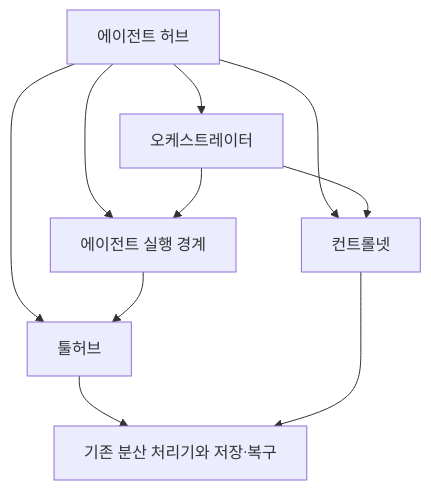
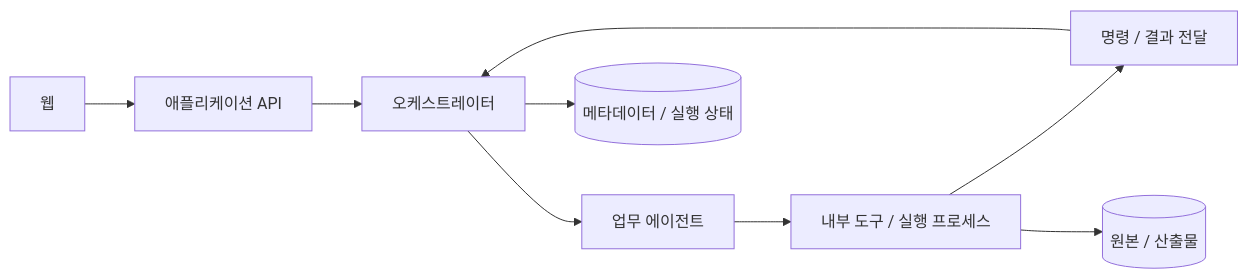
One commit to orderthan31/mediagent changed the diagram in docs/plans/architect.md. Above: the diagram before and after it, drawn with Mermaid. The commit also changed other lines of this file and 17 other files, not shown here.

````diff
--- a/docs/plans/architect.md
+++ b/docs/plans/architect.md
@@ -158,12 +23,11 @@
 ```mermaid
-flowchart TD
-  H[에이전트 허브] --> O[오케스트레이터]
-  H --> A[에이전트 실행 경계]
-  H --> T[툴허브]
-  H --> C[컨트롤넷]
-  O --> A
-  A --> T
-  T --> E[기존 분산 처리기와 저장·복구]
-  O --> C
-  C --> E
+flowchart LR
+  UI[웹] --> API[애플리케이션 API]
+  API --> ORCH[오케스트레이터]
+  ORCH --> AGENT[업무 에이전트]
+  AGENT --> TOOL[내부 도구 / 실행 프로세스]
+  ORCH --> PG[(메타데이터 / 실행 상태)]
+  TOOL --> MQ[명령 / 결과 전달]
+  TOOL --> STORE[(원본 / 산출물)]
+  MQ --> ORCH
 ```
````
